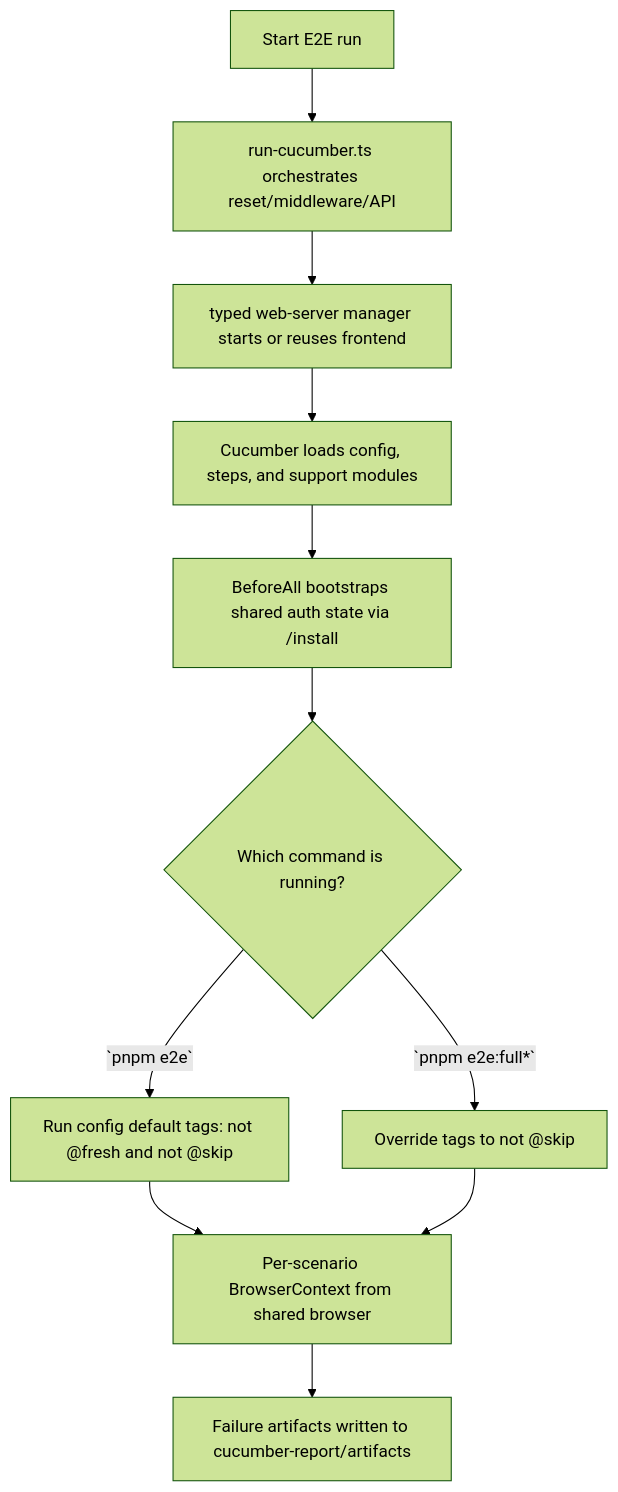
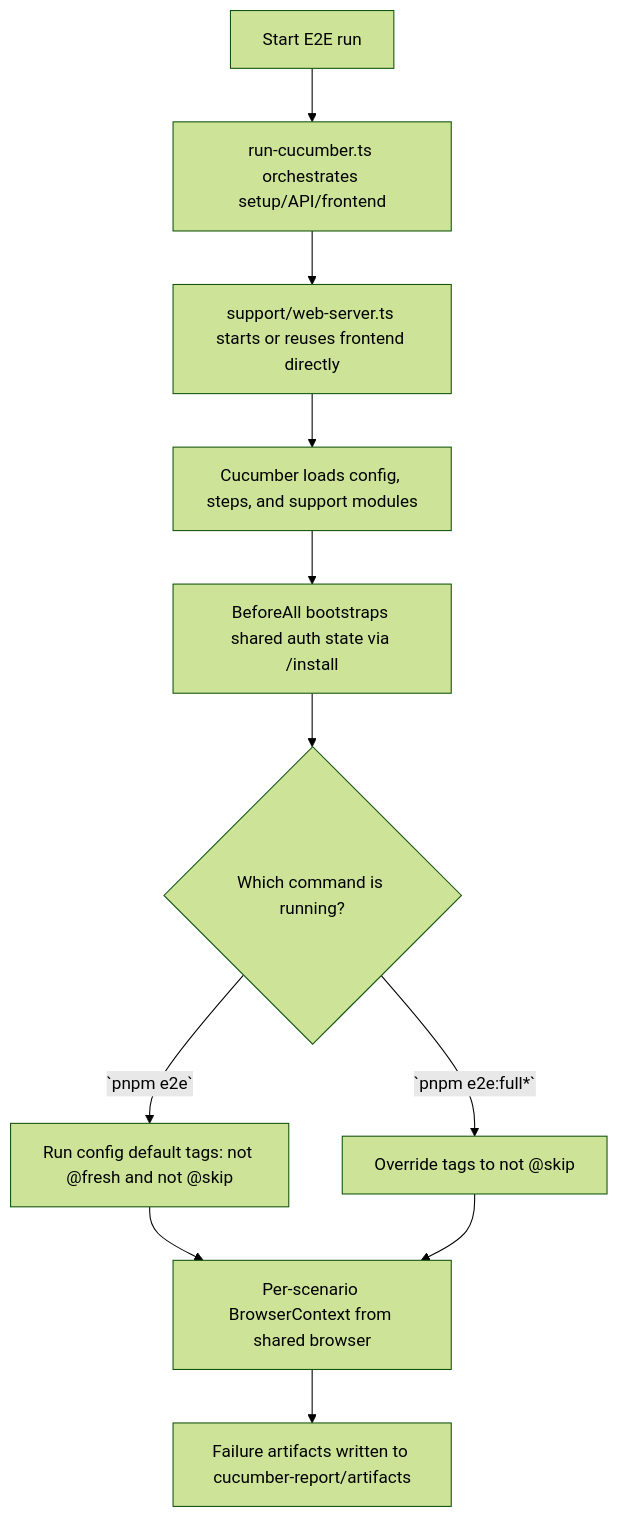
One commit to langgenius/dify changed the diagram in e2e/AGENTS.md. Above: the diagram before and after it, drawn with Mermaid (forest theme). The commit also changed other lines of this file and 9 other files, not shown here.

````diff
--- a/e2e/AGENTS.md
+++ b/e2e/AGENTS.md
@@ -59,13 +59,13 @@
 ```mermaid
 flowchart TD
-  A["Start E2E run"] --> B["run-cucumber.ts orchestrates reset/middleware/API"]
-  B --> C["typed web-server manager starts or reuses frontend"]
+  A["Start E2E run"] --> B["run-cucumber.ts orchestrates setup/API/frontend"]
+  B --> C["support/web-server.ts starts or reuses frontend directly"]
   C --> D["Cucumber loads config, steps, and support modules"]
   D --> E["BeforeAll bootstraps shared auth state via /install"]
   E --> F{"Which command is running?"}
   F -->|`pnpm e2e`| G["Run config default tags: not @fresh and not @skip"]
   F -->|`pnpm e2e:full*`| H["Override tags to not @skip"]
   G --> I["Per-scenario BrowserContext from shared browser"]
   H --> I
   I --> J["Failure artifacts written to cucumber-report/artifacts"]
 ```
````
